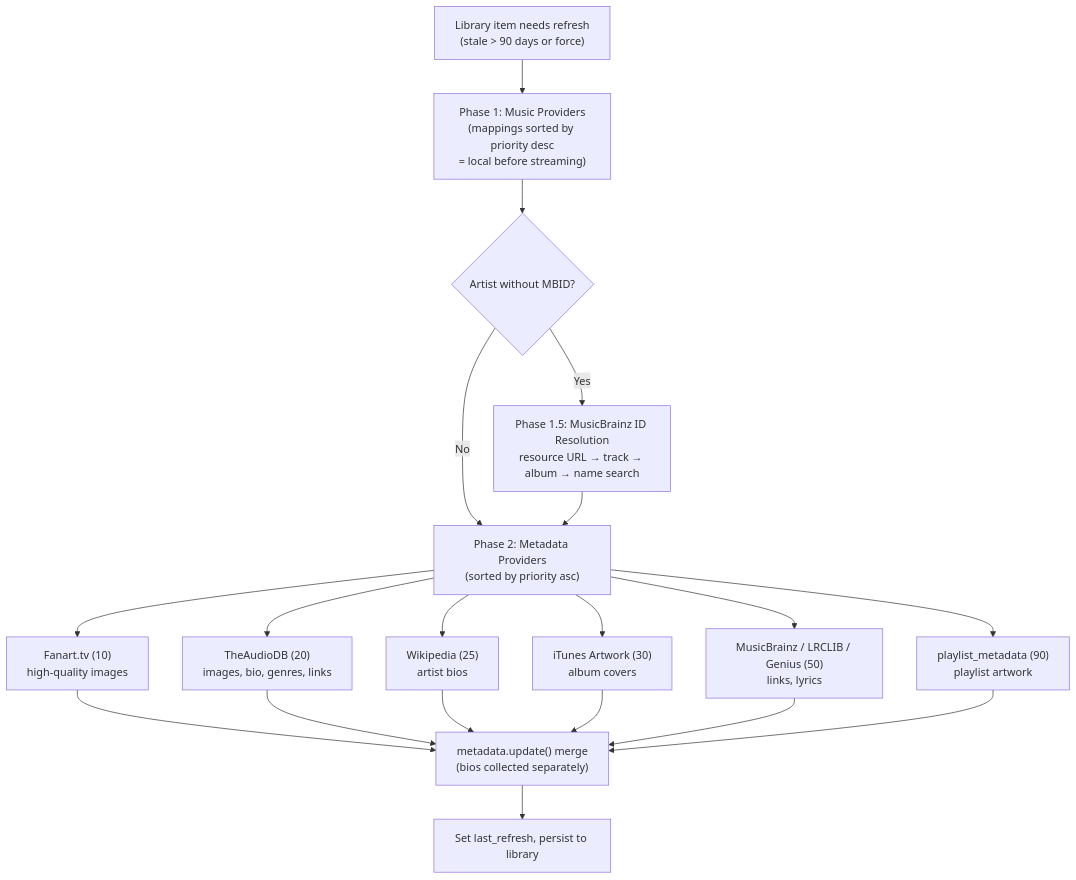
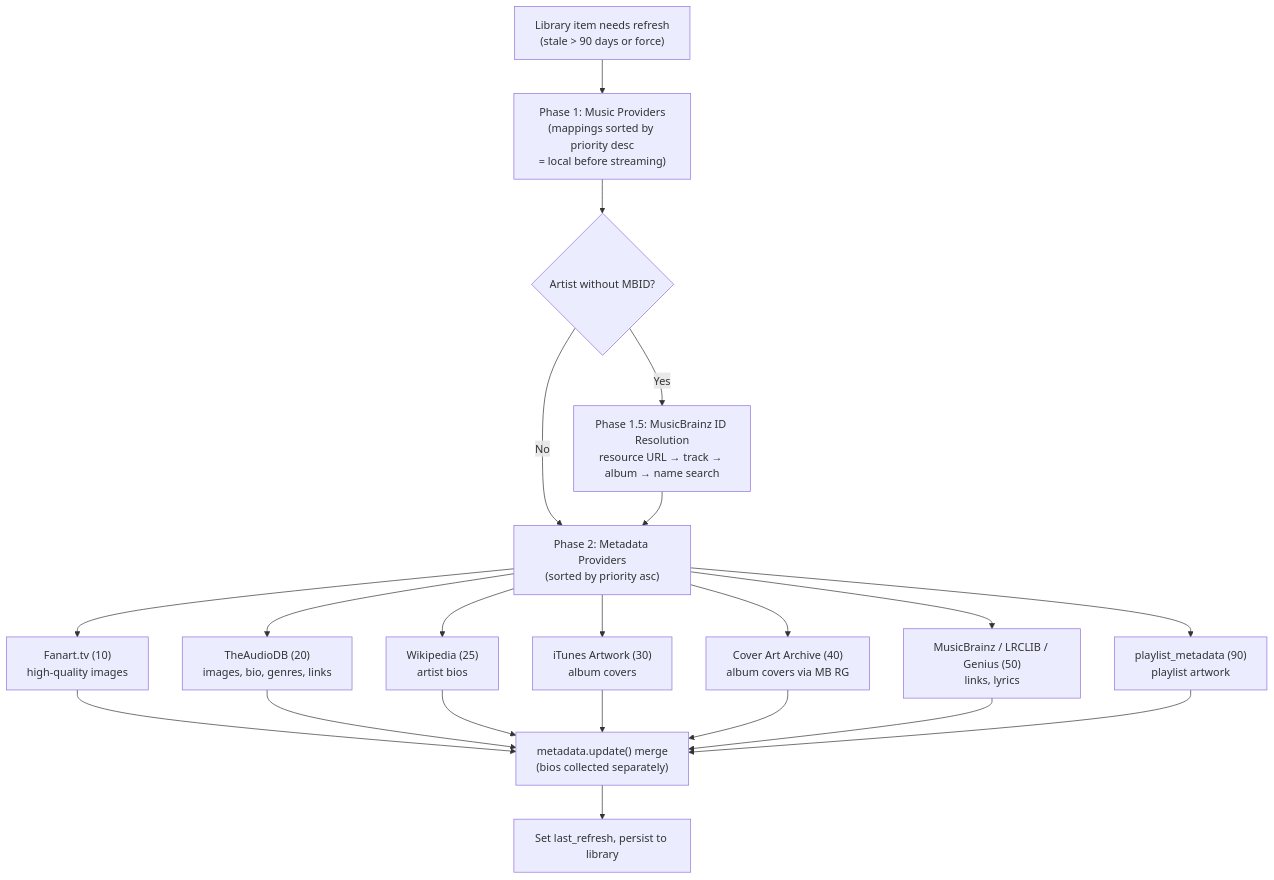
Before and after one commit to theturtle32/music-assistant-server: the diagram in docs/architecture/14-metadata.md, drawn with Mermaid. The commit also changed other lines of this file and 14 other files, not shown here.

First line of the commit message:
docs(architecture): fix Critical/Major drift from independent verification

````diff
--- a/docs/architecture/14-metadata.md
+++ b/docs/architecture/14-metadata.md
@@ -9,16 +9,17 @@
 ```mermaid
 flowchart TD
     A["Library item needs refresh<br/>(stale > 90 days or force)"] --> B["Phase 1: Music Providers<br/>(mappings sorted by priority desc<br/>= local before streaming)"]
     B --> C{"Artist without MBID?"}
     C -->|Yes| D["Phase 1.5: MusicBrainz ID Resolution<br/>resource URL → track → album → name search"]
     C -->|No| E["Phase 2: Metadata Providers<br/>(sorted by priority asc)"]
     D --> E
     E --> F["Fanart.tv (10)<br/>high-quality images"]
     E --> G["TheAudioDB (20)<br/>images, bio, genres, links"]
     E --> H["Wikipedia (25)<br/>artist bios"]
     E --> I["iTunes Artwork (30)<br/>album covers"]
+    E --> CAA["Cover Art Archive (40)<br/>album covers via MB RG"]
     E --> J["MusicBrainz / LRCLIB / Genius (50)<br/>links, lyrics"]
     E --> K["playlist_metadata (90)<br/>playlist artwork"]
-    F & G & H & I & J & K --> L["metadata.update() merge<br/>(bios collected separately)"]
+    F & G & H & I & CAA & J & K --> L["metadata.update() merge<br/>(bios collected separately)"]
     L --> M["Set last_refresh, persist to library"]
 ```
````
